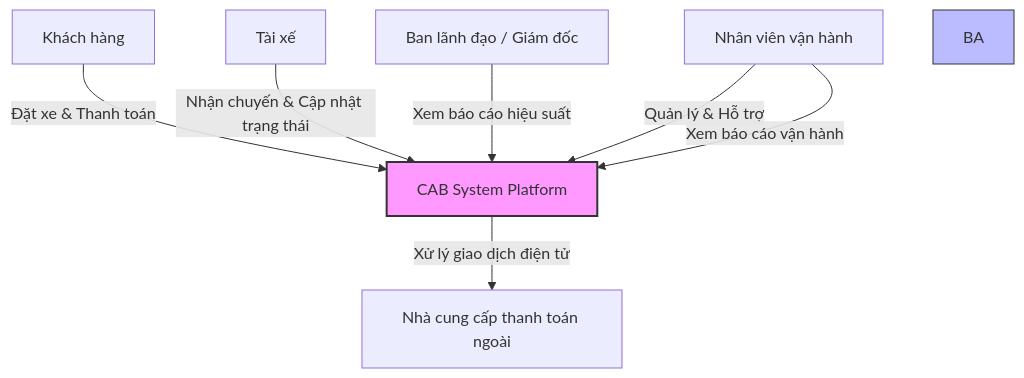
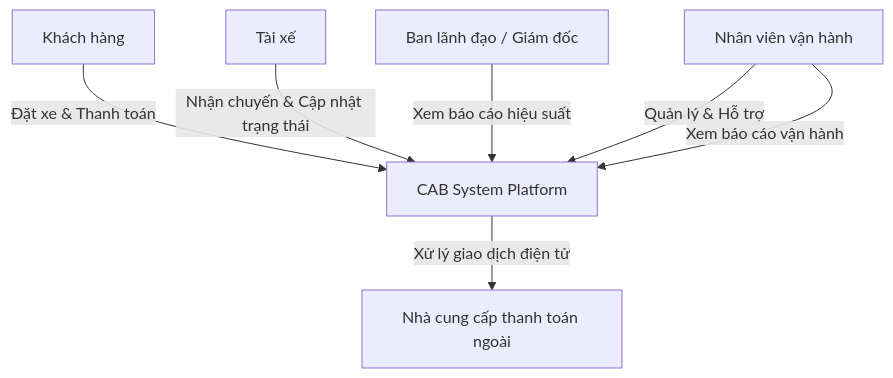
One commit to BaMin-ui/23677001_DangThePhuc_CABSYSTEM changed the second of 3 diagrams in srs.md. Above: the diagram before and after it, drawn with Mermaid.

````diff
--- a/srs.md
+++ b/srs.md
@@ -40,18 +40,15 @@
 ```mermaid
 graph TD
     %% Định nghĩa các node Stakeholder
     BLD[Ban lãnh đạo / Giám đốc]
     
     KH[Khách hàng] -->|Đặt xe & Thanh toán| CAB[CAB System Platform]
     TX[Tài xế] -->|Nhận chuyến & Cập nhật trạng thái| CAB
     NVV[Nhân viên vận hành] -->|Quản lý & Hỗ trợ| CAB
     
     CAB -->|Xử lý giao dịch điện tử| TT[Nhà cung cấp thanh toán ngoài]
     
     BLD -->|Xem báo cáo hiệu suất| CAB
     NVV -->|Xem báo cáo vận hành| CAB
 
-    style CAB fill:#f9f,stroke:#333,stroke-width:2px
-    style BA fill:#bbf,stroke:#333,stroke-width:1px
-
 ```
````
